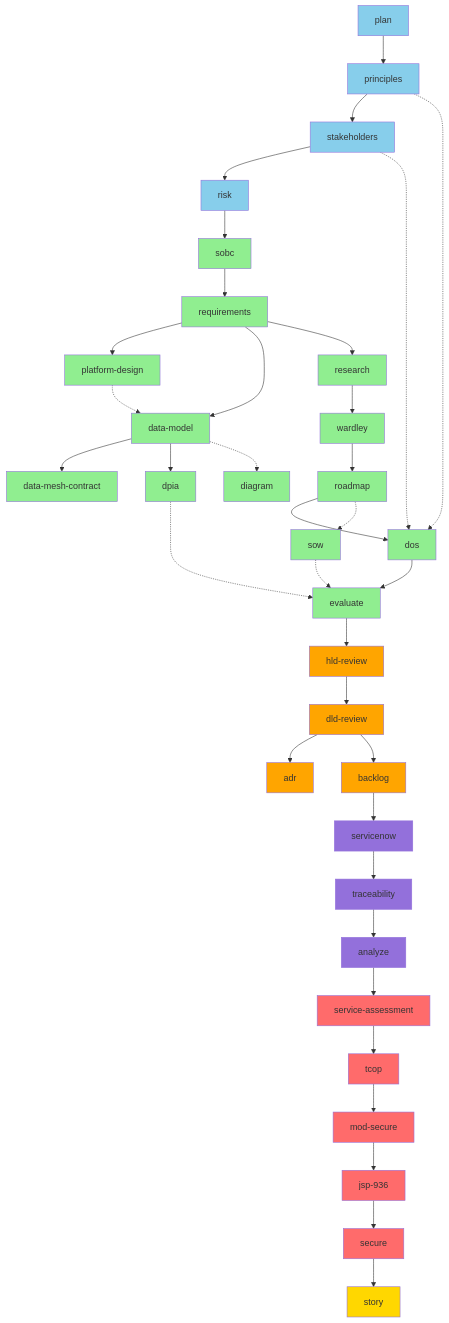
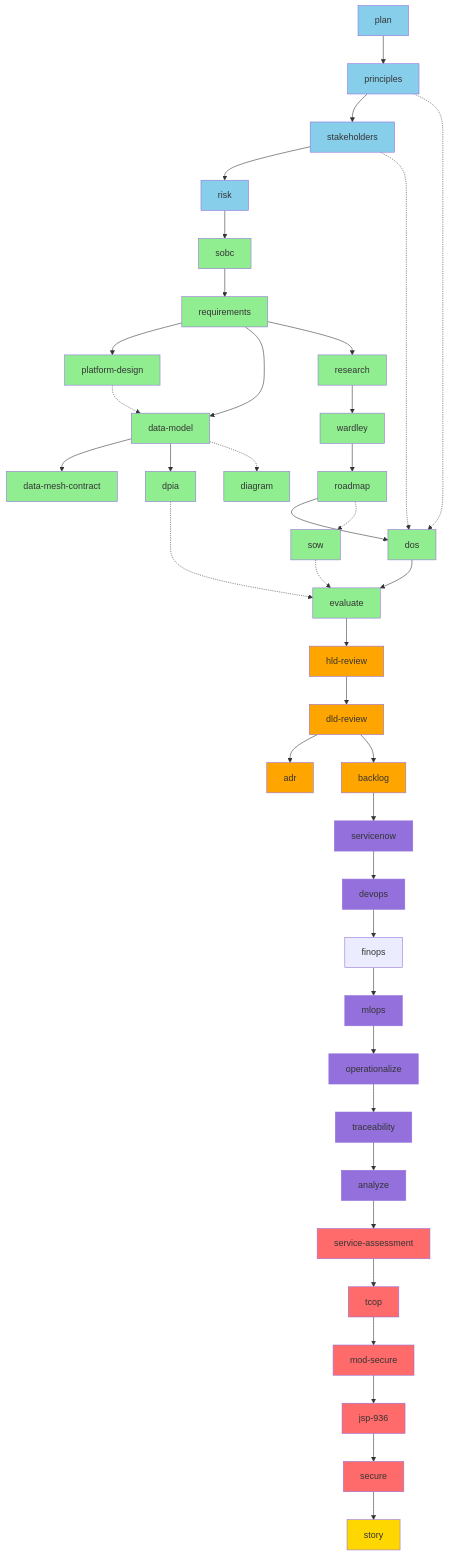
One commit to tractorjuice/arckit-test-project-v11-national-highways-data changed the fifth of 9 diagrams in WORKFLOW-DIAGRAMS.md. Above: the diagram before and after it, drawn with Mermaid. The commit also changed other lines of this file and 5 other files, not shown here.

```diff
--- a/WORKFLOW-DIAGRAMS.md
+++ b/WORKFLOW-DIAGRAMS.md
@@ -425,7 +447,11 @@
 
     %% Tier 8-9: Operations & Quality
     T --> W[servicenow]
-    W --> X[traceability]
+    W --> W1[devops]
+    W1 --> W1a[finops]
+    W1a --> W2[mlops]
+    W2 --> W3[operationalize]
+    W3 --> X[traceability]
     X --> Y[analyze]
 
     %% Tier 10: MOD + AI Compliance
@@ -460,6 +486,9 @@
     style T fill:#FFA500
     style V fill:#90EE90
     style W fill:#9370DB
+    style W1 fill:#9370DB
+    style W2 fill:#9370DB
+    style W3 fill:#9370DB
     style X fill:#9370DB
     style Y fill:#9370DB
     style Z fill:#FF6B6B
```
